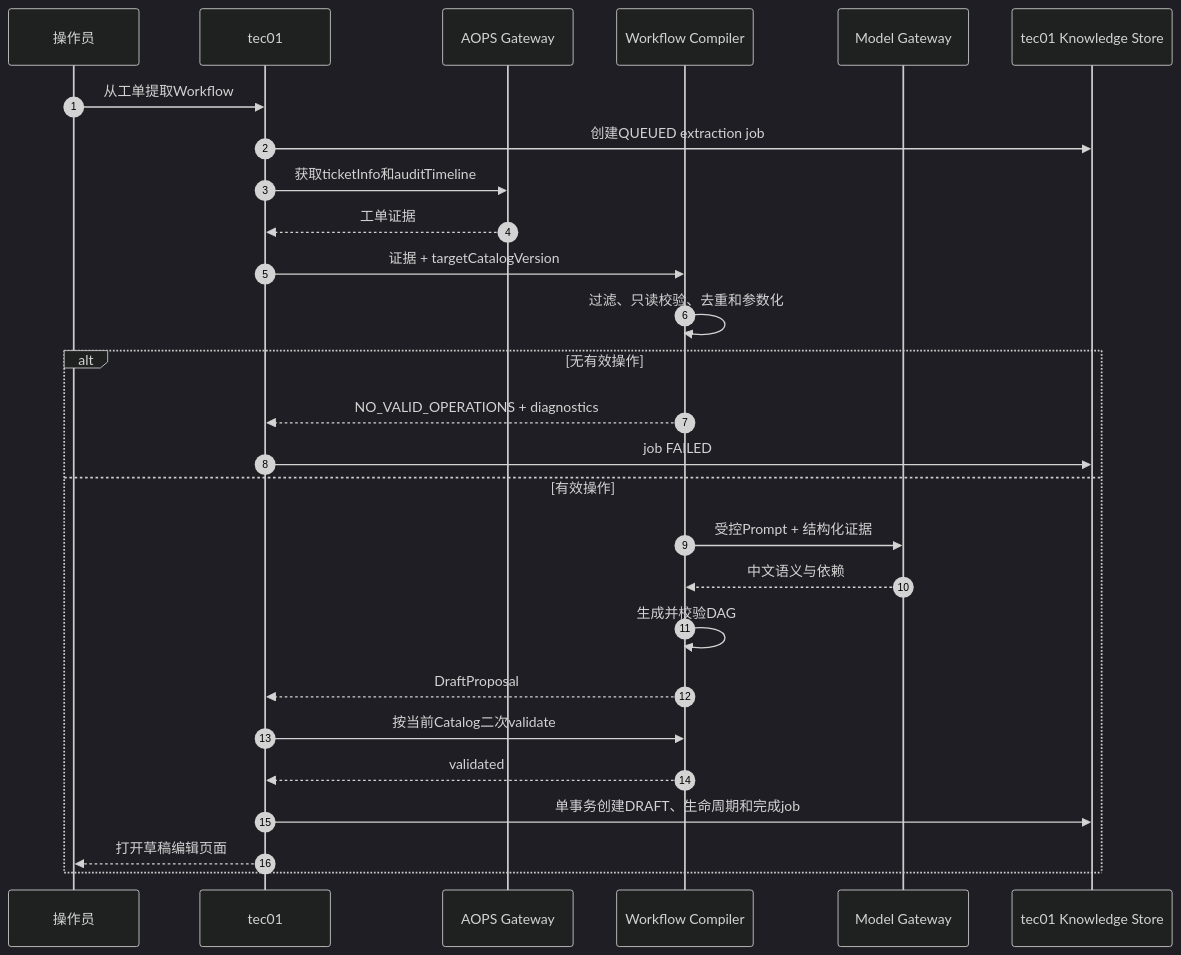
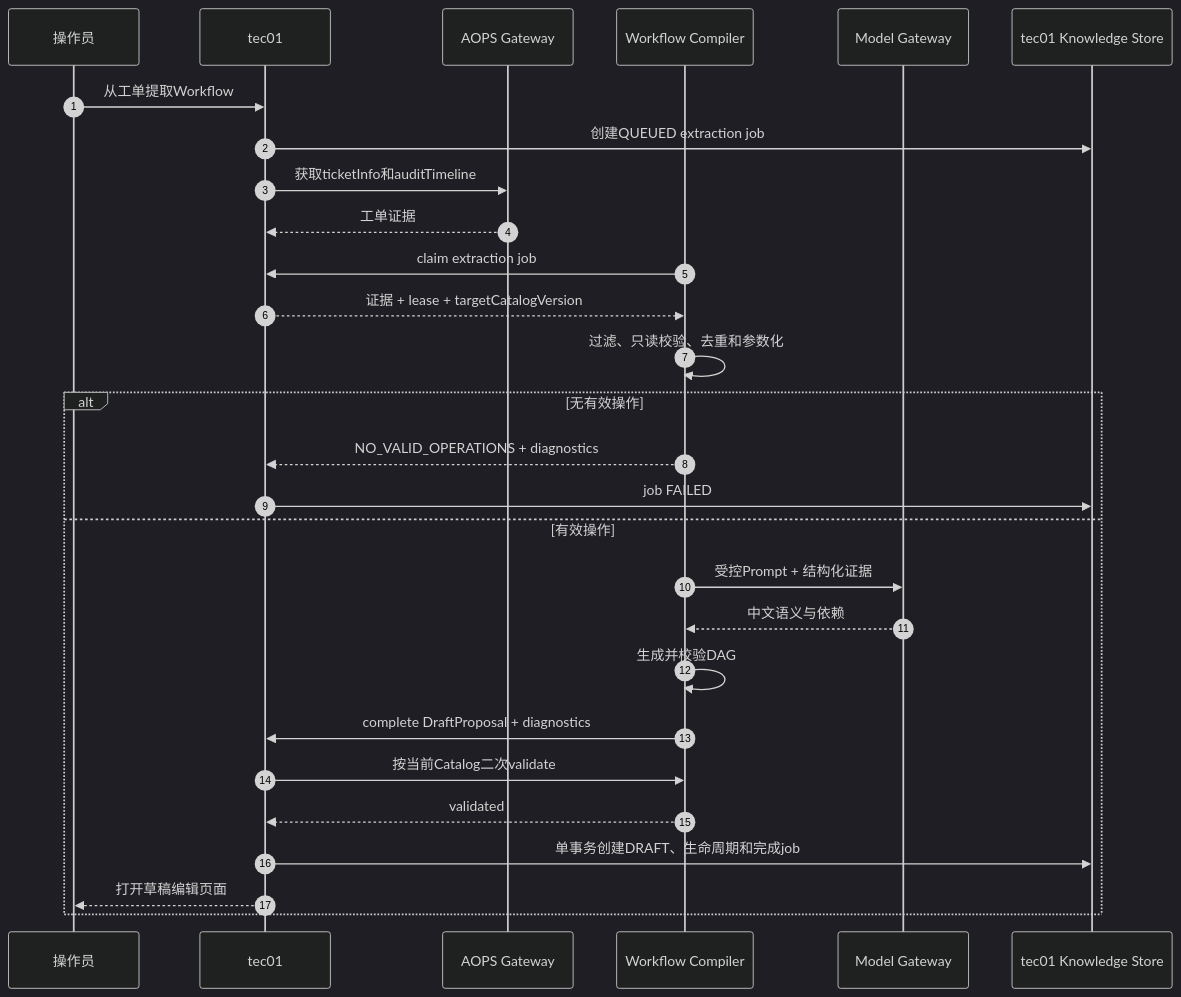
Before and after one commit to armin1024/itsm-workflow: the third of 7 diagrams in docs/tec01-control-plane-split.md, drawn with Mermaid (dark theme). The commit also changed other lines of this file and 5 other files, not shown here.

````diff
--- a/docs/tec01-control-plane-split.md
+++ b/docs/tec01-control-plane-split.md
@@ -250,30 +245,31 @@
 ```mermaid
 sequenceDiagram
     autonumber
     participant U as 操作员
     participant T as tec01
     participant A as AOPS Gateway
     participant C as Workflow Compiler
     participant L as Model Gateway
     participant S as tec01 Knowledge Store
 
     U->>T: 从工单提取Workflow
     T->>S: 创建QUEUED extraction job
     T->>A: 获取ticketInfo和auditTimeline
     A-->>T: 工单证据
-    T->>C: 证据 + targetCatalogVersion
+    C->>T: claim extraction job
+    T-->>C: 证据 + lease + targetCatalogVersion
     C->>C: 过滤、只读校验、去重和参数化
     alt 无有效操作
         C-->>T: NO_VALID_OPERATIONS + diagnostics
         T->>S: job FAILED
     else 有效操作
         C->>L: 受控Prompt + 结构化证据
         L-->>C: 中文语义与依赖
         C->>C: 生成并校验DAG
-        C-->>T: DraftProposal
+        C->>T: complete DraftProposal + diagnostics
         T->>C: 按当前Catalog二次validate
         C-->>T: validated
         T->>S: 单事务创建DRAFT、生命周期和完成job
         T-->>U: 打开草稿编辑页面
     end
 ```
````
